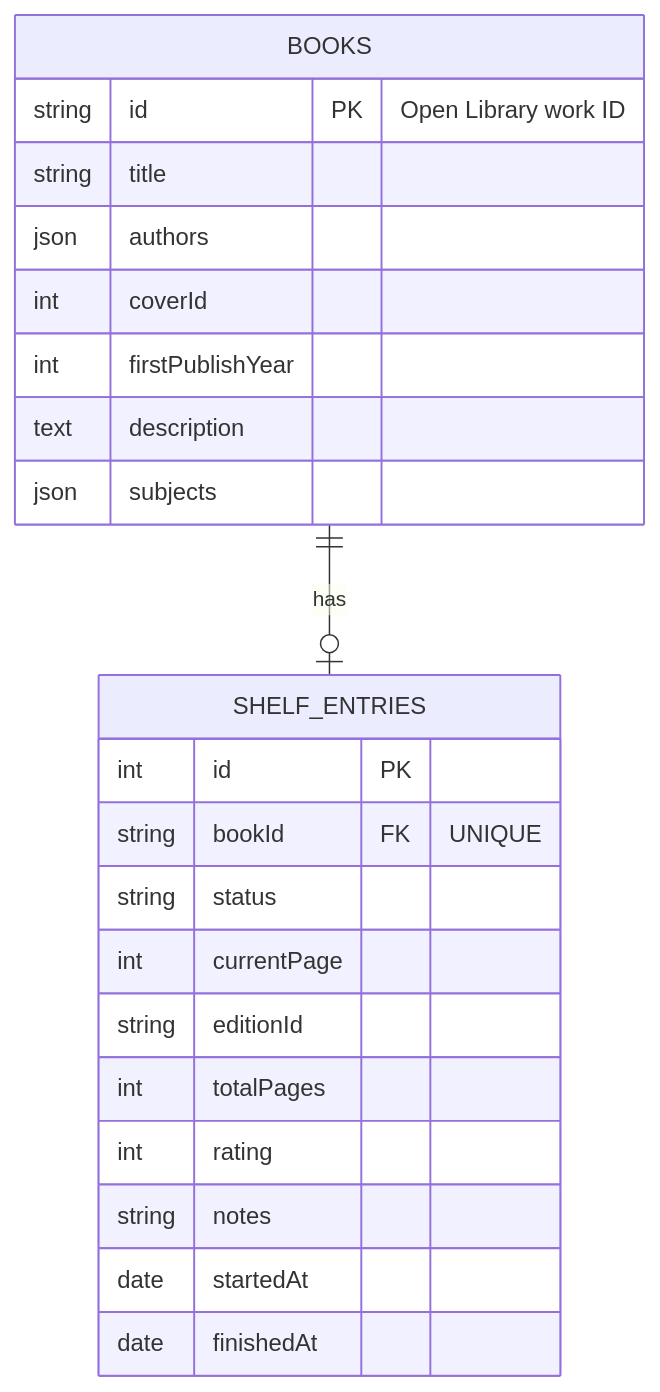
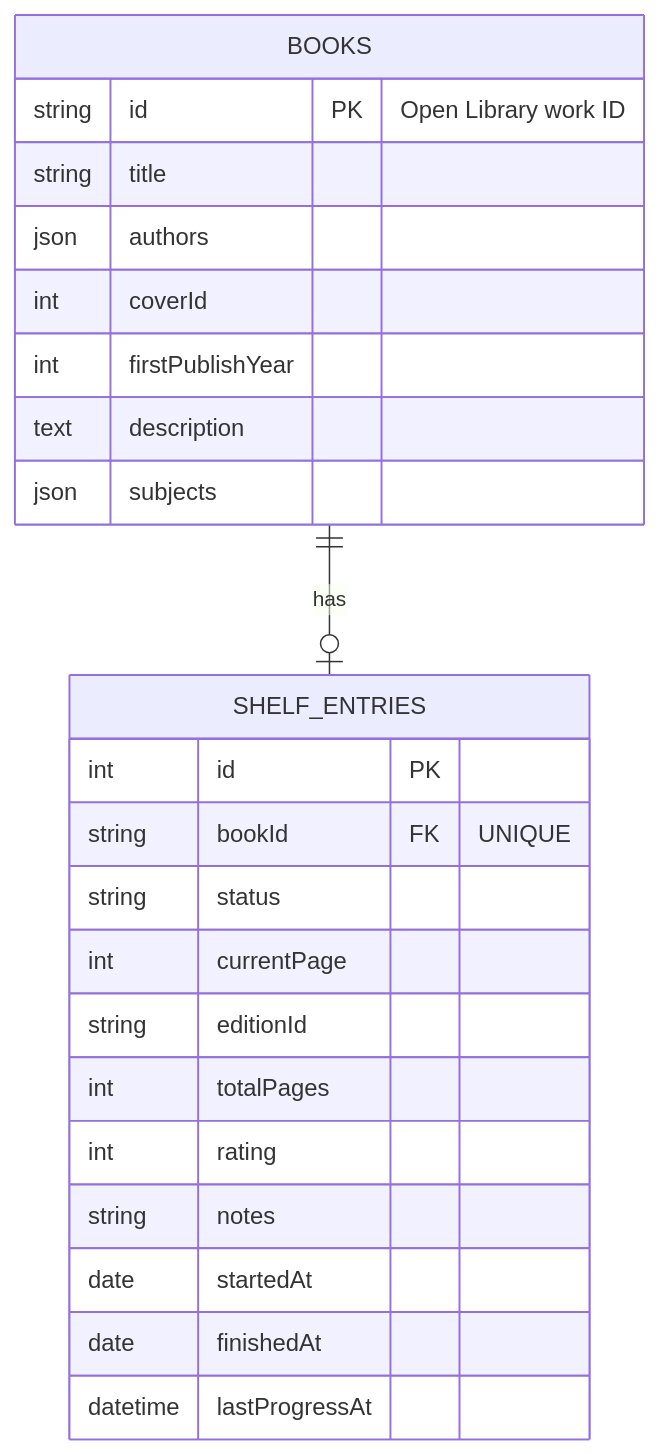
One commit to Ngoquyen07/bookmg-workspace changed the second of 2 diagrams in README.md. Above: the diagram before and after it, drawn with Mermaid. The commit also changed other lines of this file and 31 other files, not shown here.

````diff
--- a/README.md
+++ b/README.md
@@ -38,25 +39,26 @@
 ```mermaid
 erDiagram
     BOOKS ||--o| SHELF_ENTRIES : "has"
     BOOKS {
         string id PK "Open Library work ID"
         string title
         json authors
         int coverId
         int firstPublishYear
         text description
         json subjects
     }
     SHELF_ENTRIES {
         int id PK
         string bookId FK "UNIQUE"
         string status
         int currentPage
         string editionId
         int totalPages
         int rating
         string notes
         date startedAt
         date finishedAt
+        datetime lastProgressAt
     }
 ```
````
